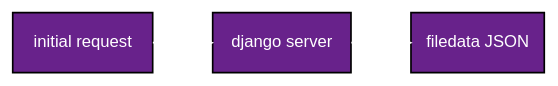
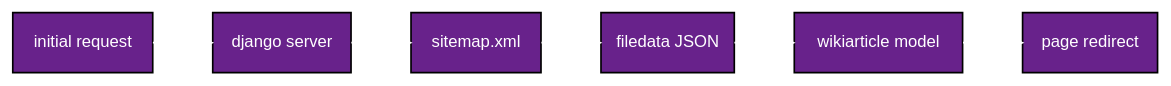
The diagram in utils/djangopwa/docs/graphviz/viewmodel_plan.dot (geomlattice/typst-wiki-template), drawn with Graphviz before and after one commit. The commit also changed 6 other files, not shown here.

```diff
--- a/utils/djangopwa/docs/graphviz/viewmodel_plan.dot
+++ b/utils/djangopwa/docs/graphviz/viewmodel_plan.dot
@@ -1,19 +1,25 @@
 digraph {
   rankdir="LR";
   bgcolor="transparent"
   node [style=filled, shape=box, fontsize=10, fillcolor=darkorchid4, fontcolor=white, fontname=Helvetica]
   edge [color=white, arrowhead=open]
 
   a [label="initial request"]
   b [label="django server"]
   /* c [label="login screen"]
   d [label="username"]
   e [label="password"] */
-  f [label="filedata JSON"]
+  f [label="sitemap.xml"]
+  g [label="filedata JSON"]
+  h [label="wikiarticle model"]
+  i [label="page redirect"]
   
   a -> b
   /* b -> c
   c -> d [dir="back"]
   c -> e [dir="back"] */
   b -> f
+  f -> g
+  g -> h
+  h -> i
 }
```
